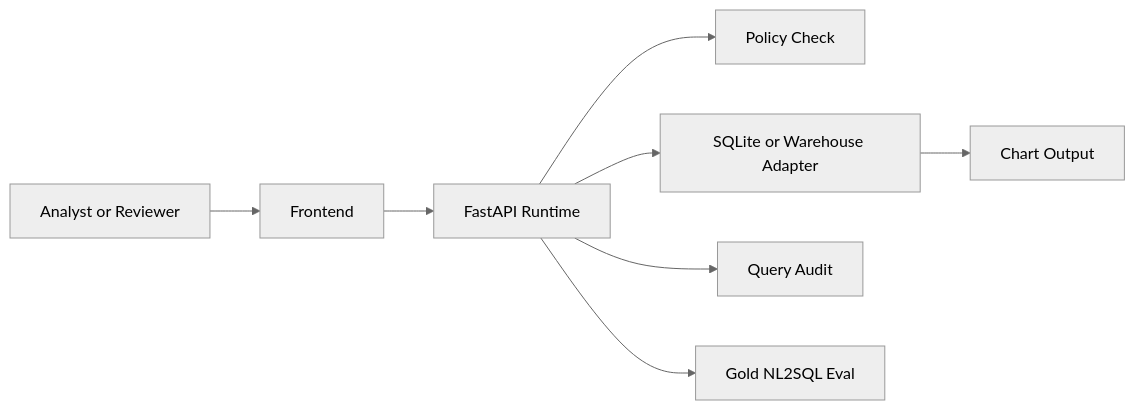
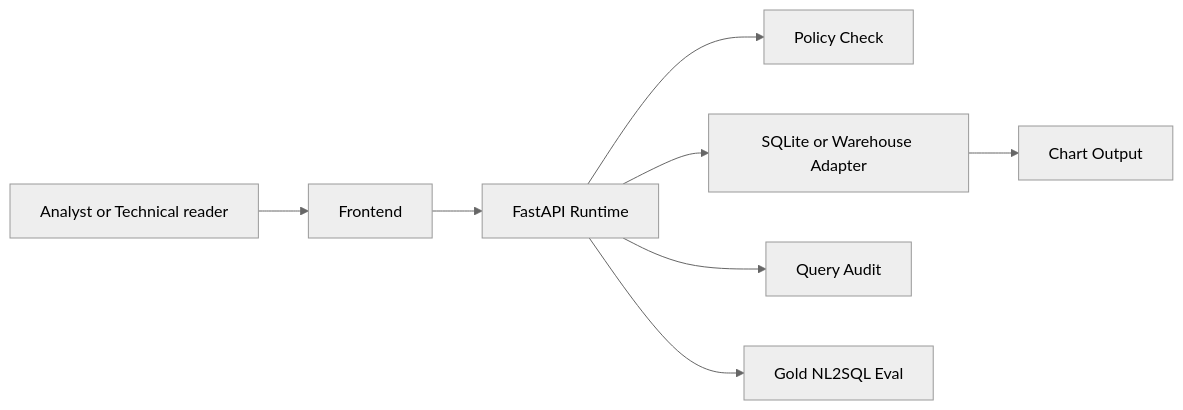
The diagram in docs/solution-architecture.md (KIM3310/Nexus-Hive), drawn with Mermaid (neutral theme) before and after one commit. The commit also changed other lines of this file and 43 other files, not shown here.

Commit message:
docs: align architecture-first project surface

````diff
--- a/docs/solution-architecture.md
+++ b/docs/solution-architecture.md
@@ -16,10 +16,10 @@
 ```mermaid
 flowchart LR
-  User[Analyst or Reviewer] --> UI[Frontend]
+  User[Analyst or Technical reader] --> UI[Frontend]
   UI --> API[FastAPI Runtime]
   API --> Policy[Policy Check]
   API --> Warehouse[SQLite or Warehouse Adapter]
   API --> Audit[Query Audit]
   API --> Eval[Gold NL2SQL Eval]
   Warehouse --> Chart[Chart Output]
 ```
````
